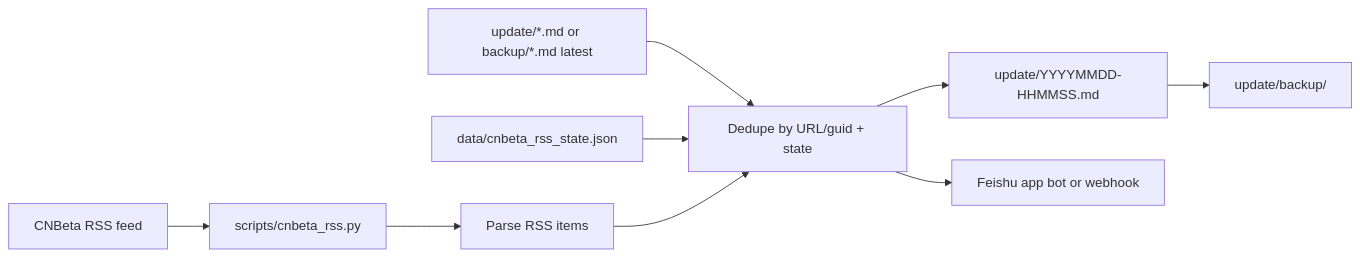
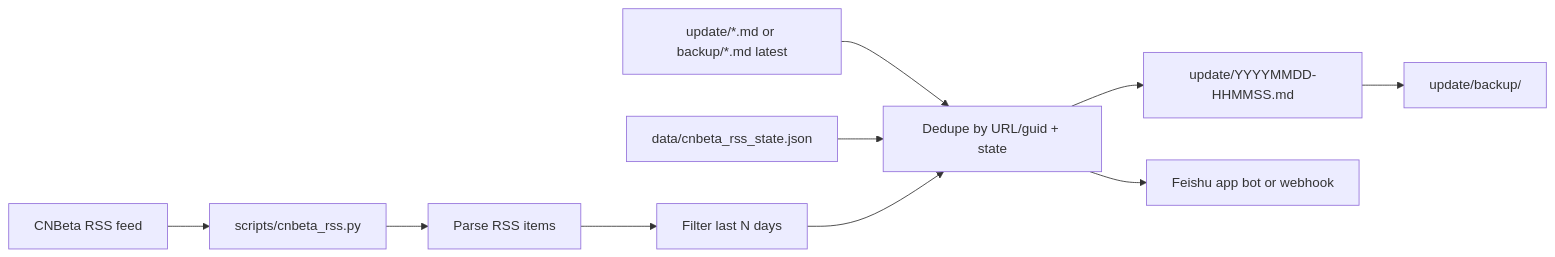
The diagram in docs/project-context.md (zjk1984/new-movie-tracker-skill), drawn with Mermaid before and after one commit. The commit also changed other lines of this file and 4 other files, not shown here.

First line of the commit message:
Filter CNBeta RSS to last 2 days; skip backlog backfill

````diff
--- a/docs/project-context.md
+++ b/docs/project-context.md
@@ -9,11 +9,12 @@
 ```mermaid
 flowchart LR
   RSS[CNBeta RSS feed] --> Fetch[scripts/cnbeta_rss.py]
   Fetch --> Parse[Parse RSS items]
   Prev[update/*.md or backup/*.md latest] --> Dedupe[Dedupe by URL/guid + state]
   State[data/cnbeta_rss_state.json] --> Dedupe
-  Parse --> Dedupe
+  Parse --> Window[Filter last N days]
+  Window --> Dedupe
   Dedupe --> Update[update/YYYYMMDD-HHMMSS.md]
   Dedupe --> Feishu[Feishu app bot or webhook]
   Update --> Backup[update/backup/]
 ```
````
